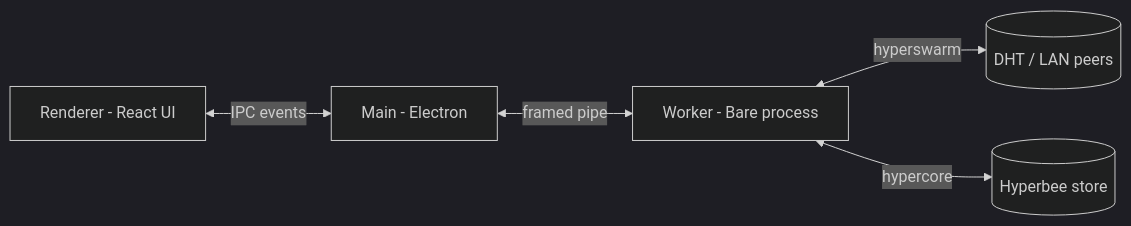
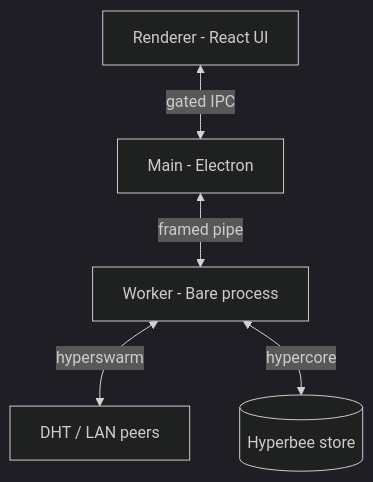
Before and after one commit to aamirali51/MeshDesk: the diagram in README.md, drawn with Mermaid (dark theme). The commit also changed other lines of this file and 11 other files, not shown here.

````diff
--- a/README.md
+++ b/README.md
@@ -18,7 +99,7 @@
 ```mermaid
-graph LR
-    R[Renderer - React UI] <-->|IPC events| M[Main - Electron]
+graph TD
+    R[Renderer - React UI] <-->|gated IPC| M[Main - Electron]
     M <-->|framed pipe| W[Worker - Bare process]
-    W <-->|hyperswarm| N[(DHT / LAN peers)]
+    W <-->|hyperswarm| N[DHT / LAN peers]
     W <-->|hypercore| S[(Hyperbee store)]
 ```
````
